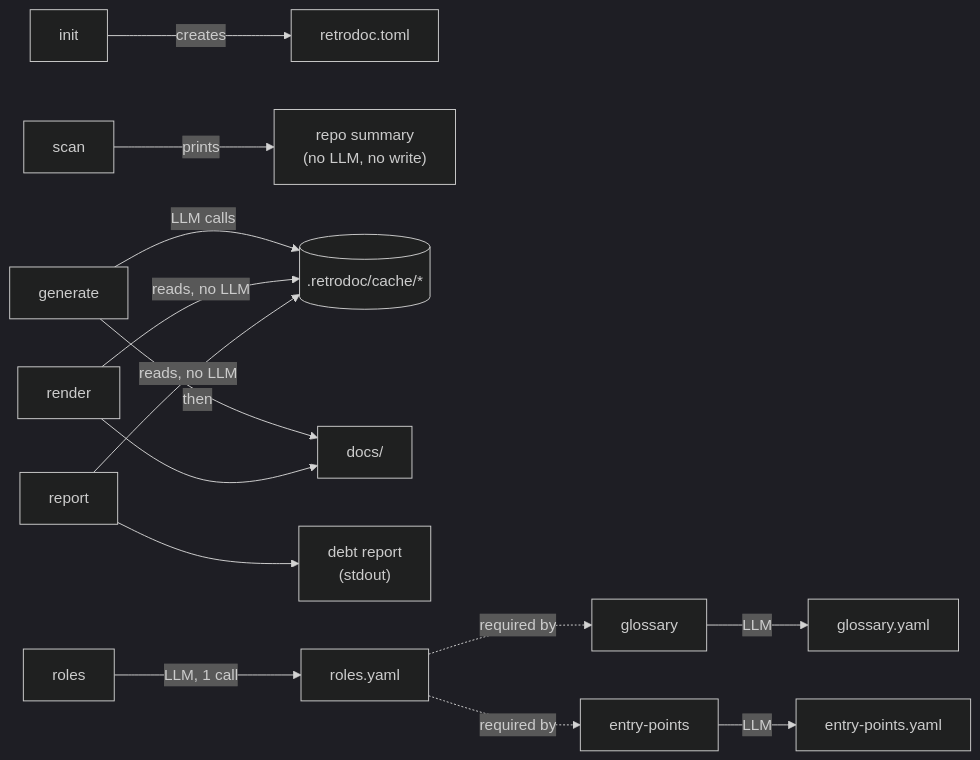
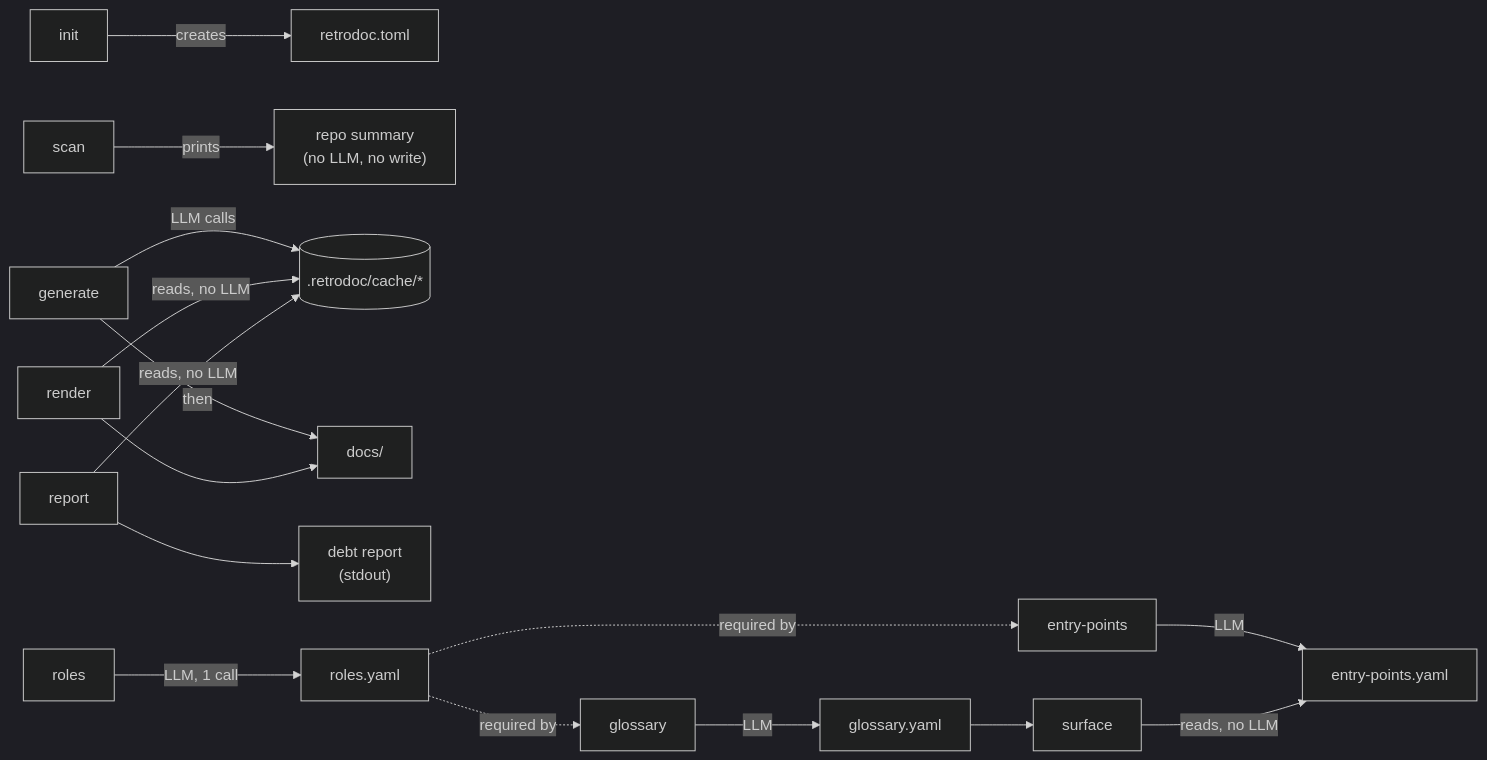
The third of 8 diagrams in docs/ARCHITECTURE.md (Electron-libre/RetroDoc), drawn with Mermaid (dark theme) before and after one commit. The commit also changed other lines of this file and 15 other files, not shown here.

````diff
--- a/docs/ARCHITECTURE.md
+++ b/docs/ARCHITECTURE.md
@@ -59,16 +59,18 @@
 ```mermaid
 flowchart LR
     init["init"] -->|creates| toml["retrodoc.toml"]
     scan["scan"] -->|prints| sum["repo summary<br/>(no LLM, no write)"]
     gen["generate"] -->|LLM calls| art[(".retrodoc/cache/*")]
     gen -->|then| out["docs/"]
     ren["render"] -->|reads, no LLM| art
     ren --> out
     rep["report"] -->|reads, no LLM| art
     rep --> debt["debt report<br/>(stdout)"]
     roles["roles"] -->|LLM, 1 call| rolesyaml["roles.yaml"]
     gloss["glossary"] -->|LLM| glossyaml["glossary.yaml"]
     rolesyaml -.->|required by| gloss
     ep["entry-points"] -->|LLM| epyaml["entry-points.yaml"]
     rolesyaml -.->|required by| ep
+    surf["surface"] -->|reads, no LLM| epyaml
+    glossyaml --> surf
 ```
````
